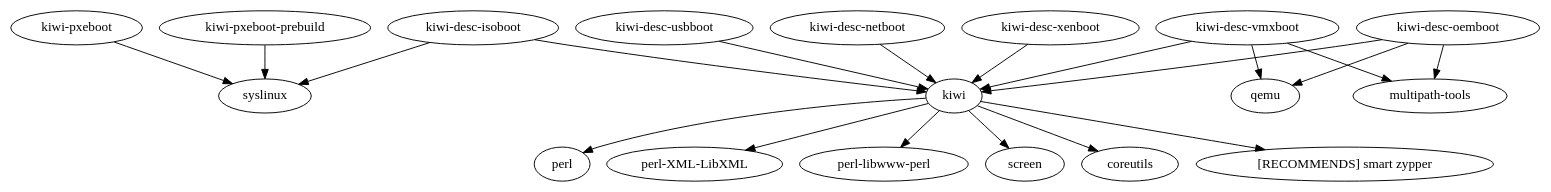
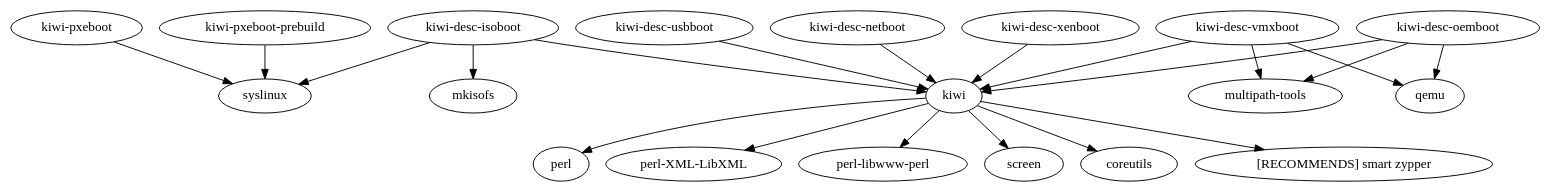
The diagram in .kiwi.dot (OSInside/kiwi-legacy), drawn with Graphviz before and after one commit.

Commit message:
- update dot graph

```diff
--- a/.kiwi.dot
+++ b/.kiwi.dot
@@ -1,29 +1,30 @@
 digraph kiwi {
 	"kiwi" -> "perl"
 	"kiwi" -> "perl-XML-LibXML"
 	"kiwi" -> "perl-libwww-perl"
 	"kiwi" -> "screen"
 	"kiwi" -> "coreutils"
     "kiwi" -> "[RECOMMENDS] smart zypper"
 
 	"kiwi-pxeboot" -> "syslinux"
 
 	"kiwi-pxeboot-prebuild" -> "syslinux"
 
 	"kiwi-desc-isoboot" -> "kiwi"
 	"kiwi-desc-isoboot" -> "syslinux"
+	"kiwi-desc-isoboot" -> "mkisofs"
 
 	"kiwi-desc-usbboot" -> "kiwi"
 
 	"kiwi-desc-vmxboot" -> "kiwi"
 	"kiwi-desc-vmxboot" -> "qemu"
 	"kiwi-desc-vmxboot" -> "multipath-tools"
 
 	"kiwi-desc-netboot" -> "kiwi"
 
 	"kiwi-desc-xenboot" -> "kiwi"
 
 	"kiwi-desc-oemboot" -> "kiwi"
 	"kiwi-desc-oemboot" -> "qemu"
     "kiwi-desc-oemboot" -> "multipath-tools"
 }
```
